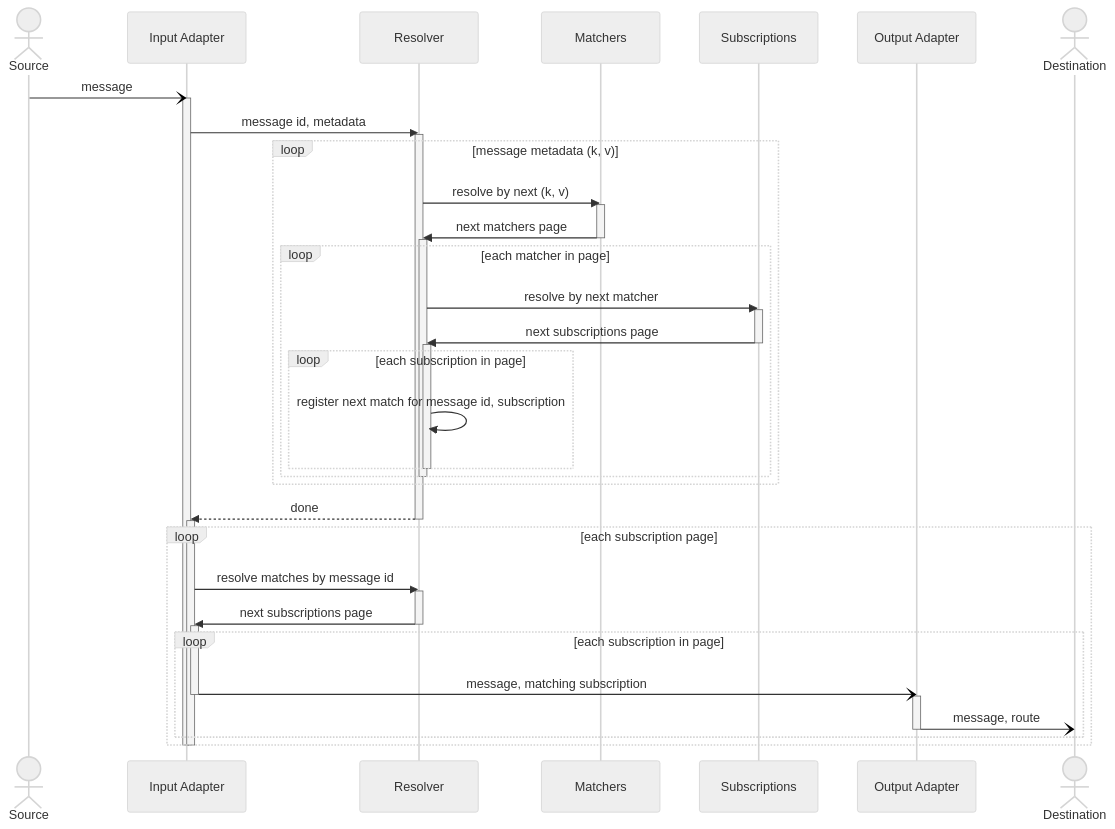
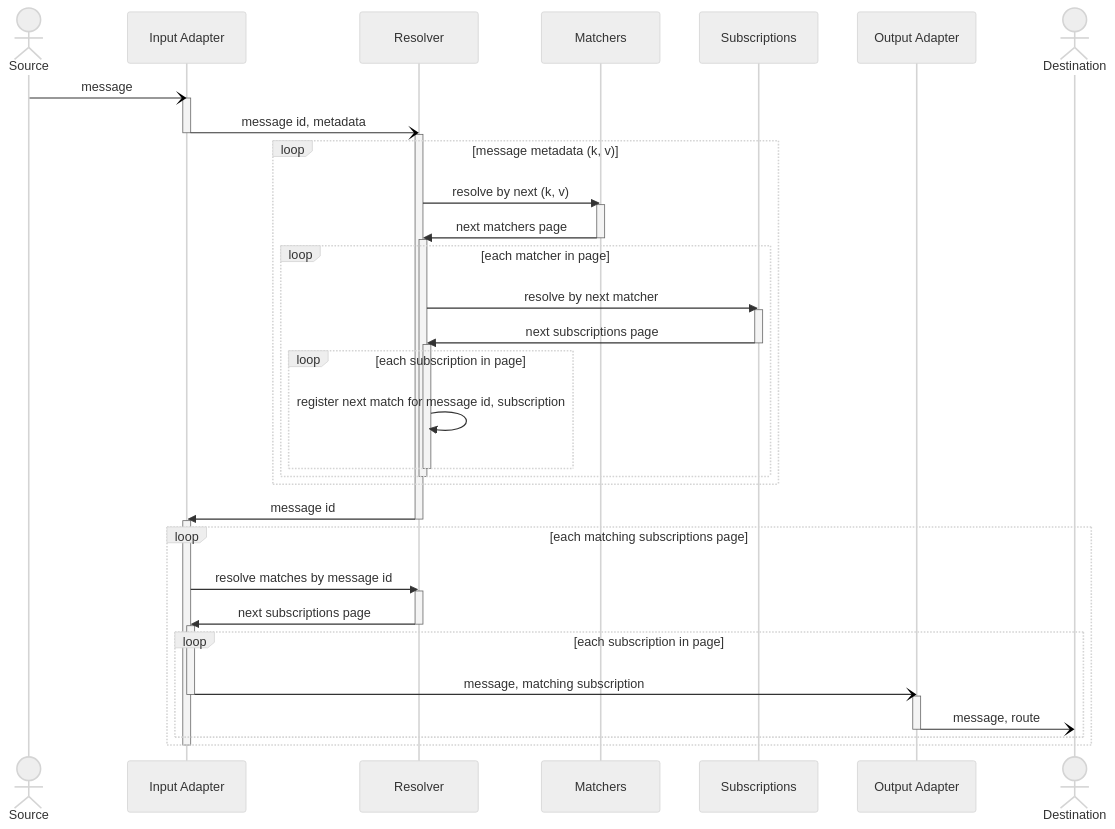
Before and after one commit to awakari/.github: the diagram in profile/README.md, drawn with Mermaid.

````diff
--- a/profile/README.md
+++ b/profile/README.md
@@ -13,68 +13,68 @@
 ```mermaid
 %%{init: {'theme': 'neutral' } }%%
 sequenceDiagram
 
     actor Source
     participant Input Adapter
     participant Resolver
     participant Matchers
     participant Subscriptions
     participant Output Adapter
     actor Destination
 
     Source-)Input Adapter: message
     activate Input Adapter
     
-    Input Adapter->>Resolver: message id, metadata
+    Input Adapter-)Resolver: message id, metadata
+    deactivate Input Adapter
     activate Resolver
     
     loop message metadata (k, v)
     
         Resolver->>Matchers: resolve by next (k, v)
         activate Matchers
         Matchers->>Resolver: next matchers page
         deactivate Matchers
         
         activate Resolver
         loop each matcher in page
             
             Resolver->>Subscriptions: resolve by next matcher
             activate Subscriptions
             Subscriptions->>Resolver: next subscriptions page
             deactivate Subscriptions
             
             activate Resolver
             loop each subscription in page
                 Resolver->>Resolver: register next match for message id, subscription
             end
             deactivate Resolver
             
         end
         deactivate Resolver
     end
     
     
     
-    Resolver-->>Input Adapter: done
+    Resolver->>Input Adapter: message id
     deactivate Resolver
 
     activate Input Adapter
-    loop each subscription page
+    loop each matching subscriptions page
         Input Adapter->>Resolver: resolve matches by message id
         activate Resolver
         Resolver->>Input Adapter: next subscriptions page
         deactivate Resolver
         activate Input Adapter
         
         loop each subscription in page
             Input Adapter-)Output Adapter: message, matching subscription
             deactivate Input Adapter
             activate Output Adapter
             Output Adapter-)Destination: message, route
             deactivate Output Adapter
         end
         
     end
     deactivate Input Adapter
-    deactivate Input Adapter
 ```
````
